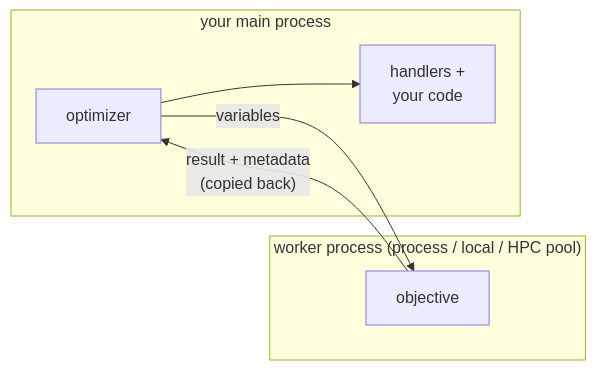
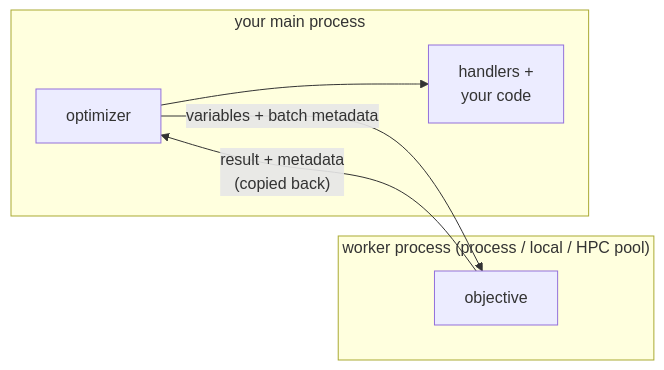
One commit to TNO-ropt/ropt changed the diagram in docs/results/handlers.md. Above: the diagram before and after it, drawn with Mermaid. The commit also changed other lines of this file and 15 other files, not shown here.

Commit message:
Add batch-local event metadata for evaluation preparation

````diff
--- a/docs/results/handlers.md
+++ b/docs/results/handlers.md
@@ -597,13 +647,13 @@
 ```mermaid
 flowchart LR
     subgraph main["your main process"]
         opt["optimizer"]
         hand["handlers +<br/>your code"]
         opt --> hand
     end
     subgraph worker["worker process (process / local / HPC pool)"]
         obj["objective"]
     end
-    opt -->|"variables"| obj
+    opt -->|"variables + batch metadata"| obj
     obj -->|"result + metadata<br/>(copied back)"| opt
 ```
````
